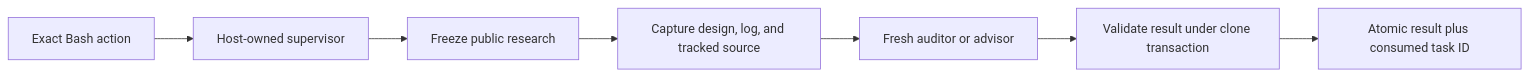
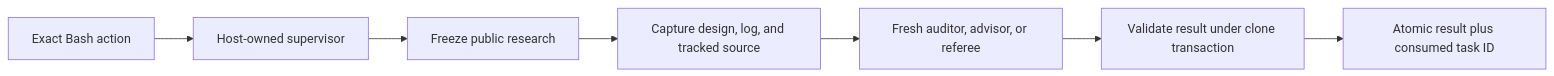
The diagram in plugins/boxlite-agent-tooling/docs/design-and-pr-gates.md (boxlite-ai/agent-tooling), drawn with Mermaid before and after one commit. The commit also changed other lines of this file and 23 other files, not shown here.

````diff
--- a/plugins/boxlite-agent-tooling/docs/design-and-pr-gates.md
+++ b/plugins/boxlite-agent-tooling/docs/design-and-pr-gates.md
@@ -234,9 +235,9 @@
 ```mermaid
 flowchart LR
     A[Exact Bash action] --> B[Host-owned supervisor]
     B --> C[Freeze public research]
     C --> D[Capture design, log, and tracked source]
-    D --> E[Fresh auditor or advisor]
+    D --> E[Fresh auditor, advisor, or referee]
     E --> F[Validate result under clone transaction]
     F --> G[Atomic result plus consumed task ID]
 ```
````
